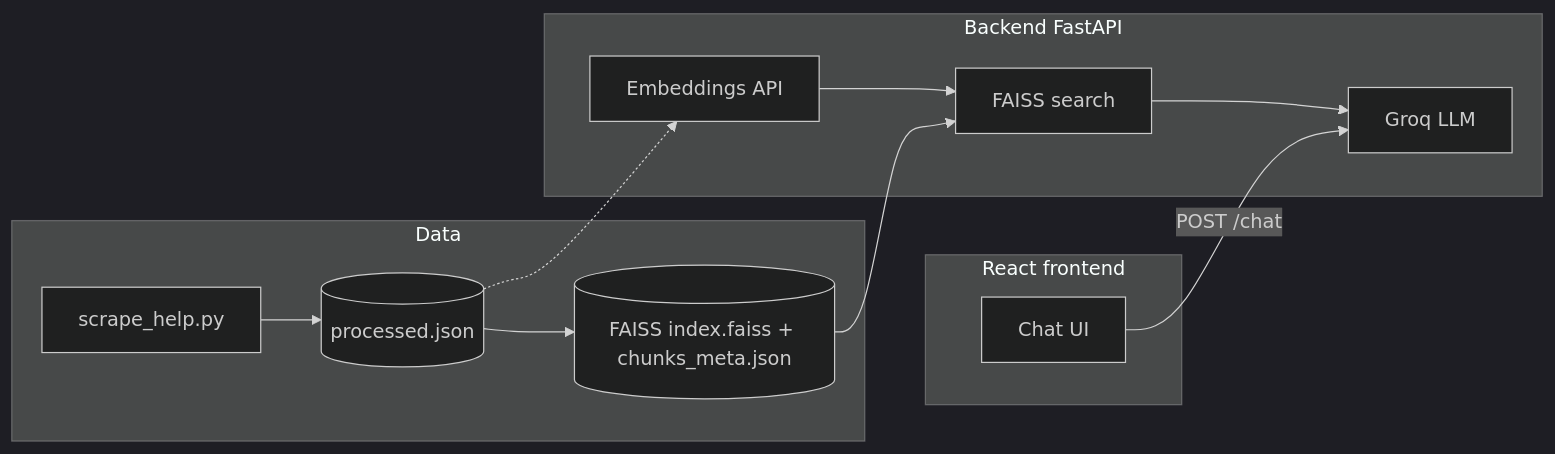
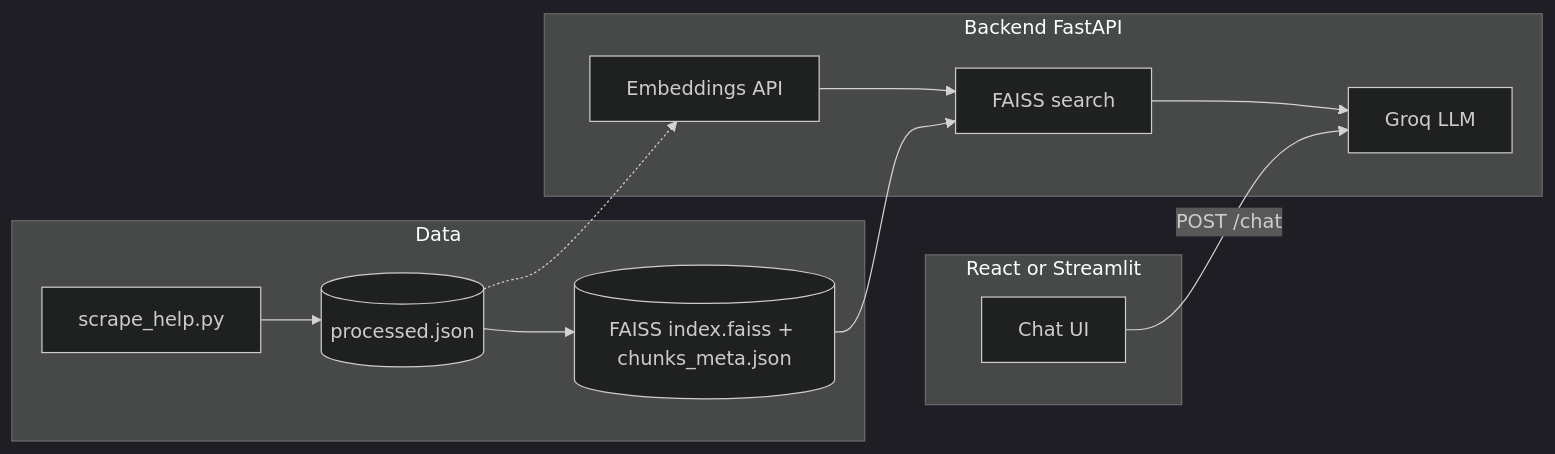
Before and after one commit to AakanshaPathak-sudo/AI-powered-language-learning-chatbot-inspired-by-Duolingo: the diagram in README.md, drawn with Mermaid (dark theme). The commit also changed other lines of this file and 4 other files, not shown here.

````diff
--- a/README.md
+++ b/README.md
@@ -7,22 +7,22 @@
 ```mermaid
 flowchart LR
   subgraph data [Data]
     Scrape[scrape_help.py]
     JSON[(processed.json)]
     Index[(FAISS index.faiss + chunks_meta.json)]
     Scrape --> JSON
     JSON --> Index
   end
   subgraph backend [Backend FastAPI]
     E[Embeddings API]
     F[FAISS search]
     G[Groq LLM]
     E --> F --> G
   end
-  subgraph ui [React frontend]
+  subgraph ui [React or Streamlit]
     Chat[Chat UI]
   end
   JSON -.-> E
   Index --> F
   Chat -->|POST /chat| G
 ```
````
